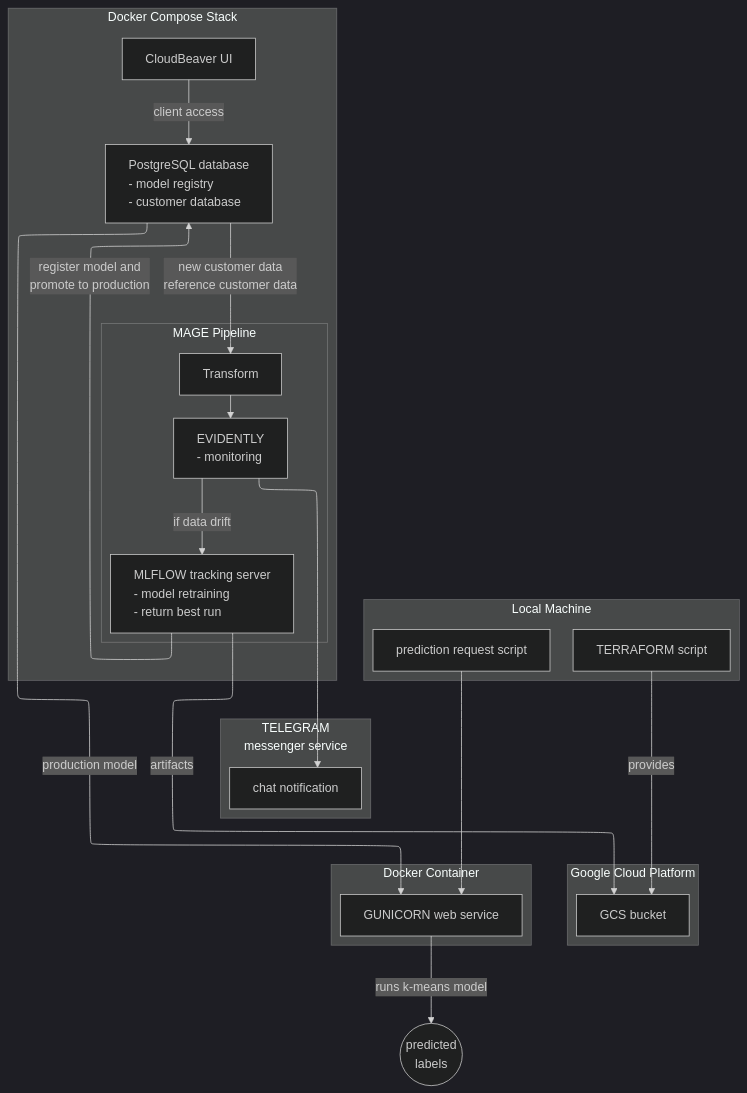
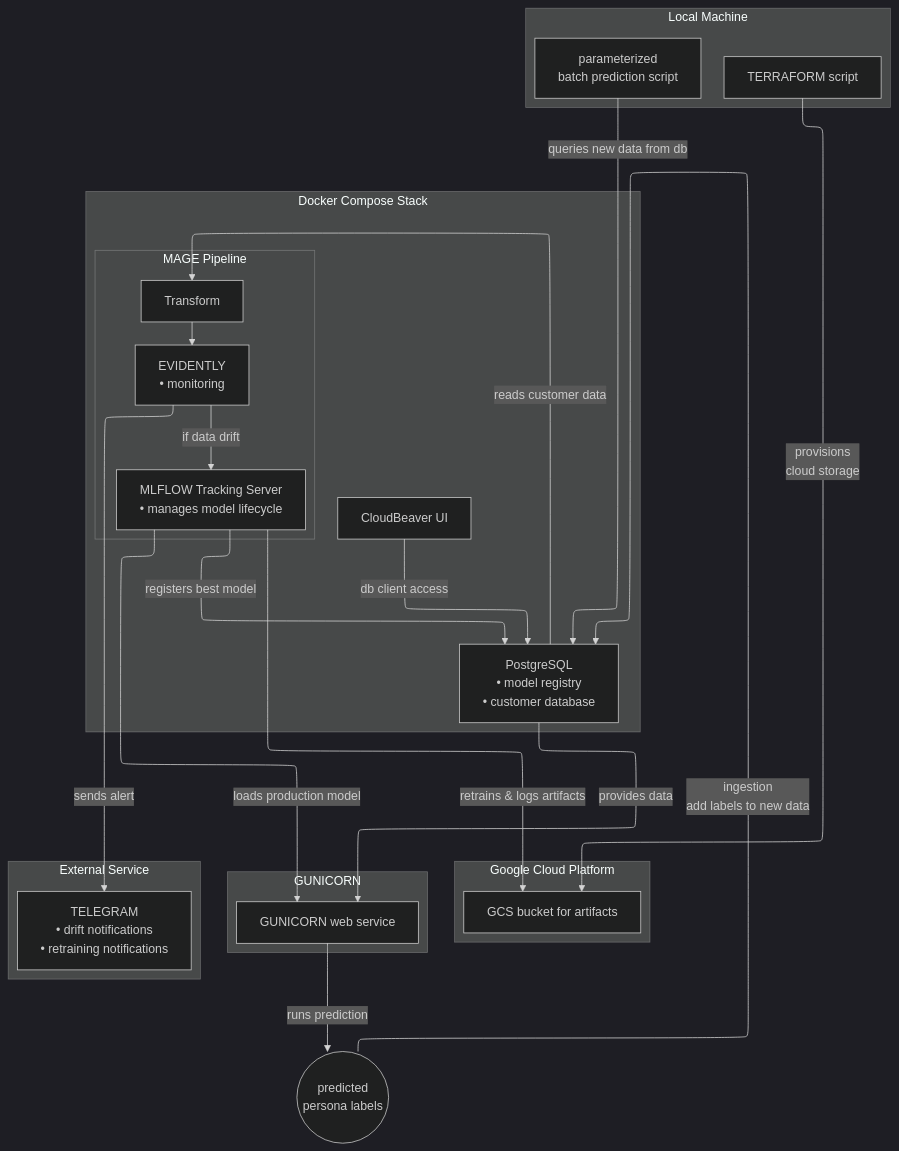
Before and after one commit to mmotl/dtc_persona_analysis: the diagram in dfd.mermaid, drawn with Mermaid. The commit also changed 7 other files, not shown here.

```diff
--- a/dfd.mermaid
+++ b/dfd.mermaid
@@ -1,55 +1,60 @@
 ---
-# title: DTC Persona Pipeline
+# DTC Persona Pipeline
 config:
     theme: dark
     layout: elk
 ---
 graph TD
+    %% Main infrastructure blocks
     subgraph "Local Machine"
         A[TERRAFORM script]
-        H[prediction request script]
+        H[parameterized <br> batch prediction script]
     end
 
     subgraph "Google Cloud Platform"
-        B[GCS bucket]
-    end
-
-        subgraph "<div style='text-align: center;'>TELEGRAM<br/>messenger service</div>"
-        L["<div style='text-align: left;'>chat notification<br/>"]
+        B[GCS bucket for artifacts]
     end
 
     subgraph "Docker Compose Stack"
-        C["<div style='text-align: left;'>PostgreSQL database<br/>  - model registry<br/>  - customer database</div>"]
+        C["PostgreSQL<br/>• model registry<br/>• customer database"]
+        F[CloudBeaver UI]
         
-        subgraph E [MAGE Pipeline]
-            
-            J[Transform] 
-            --> 
-            K["<div style='text-align: left;'>EVIDENTLY<br/>  - monitoring</div>"]
-            --"if data drift"--> 
-            D["<div style='text-align: left;'>MLFLOW tracking server<br/>  - model retraining<br/>  - return best run</div>"]
+        subgraph "MAGE Pipeline"
+            J[Transform] --> K["EVIDENTLY<br/>• monitoring"]
+            D["MLFLOW Tracking Server<br/>• manages model lifecycle"]
         end
-        F[CloudBeaver UI]
+
+    end
+    
+    subgraph "GUNICORN"
+        G[GUNICORN web service]
+    end 
+    
+    subgraph "External Service"
+        L["TELEGRAM<br/>• drift notifications
+                        • retraining notifications"]
     end
 
-    subgraph "Docker Container"
-        G[GUNICORN web service]
-    end
+    %% Outputs
+    I(("<div style='text-align: center;'>predicted<br/>persona labels</div>"))
 
-    I(("<div style='text-align: center;'>predicted<br/>labels</div>"))
 
-    A -->|"provides"| B
+    %% Connections
     
-    D --"artifacts"--> B
-    D --"register model and<br/>promote to production"--> C
-    
-    F --"client access"--> C
-    C --"new customer data<br/>reference customer data"--> J
+    %% --- Infrastructure & Model Management Flow ---
+    A --"provisions<br>cloud storage"--> B
+    F --"db client access"--> C
+    C --"reads customer data"--> J
+    K --"if data drift"--> D
+    D --"retrains & logs artifacts"--> B
+    D --"registers best model"--> C
+    D~~~C
+    K --"sends alert"--> L
 
-    H ----> G
-    C --"production model"--> G
 
-    G --"runs k-means model"--> I
-
-    K --> L
-    K ~~~ L
+    %% --- Batch Prediction Flow (Deduplicated) ---
+    D -- "loads production model" --> G
+    H -- "queries new data from db" --> C
+    C -- "provides data" --> G
+    G -- "runs prediction" --> I
+    I -- "ingestion<br>add labels to new data" --> C
```
